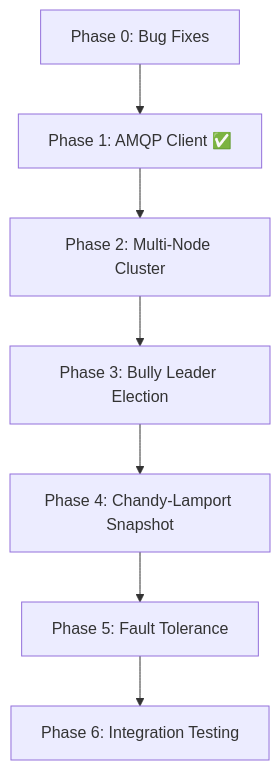
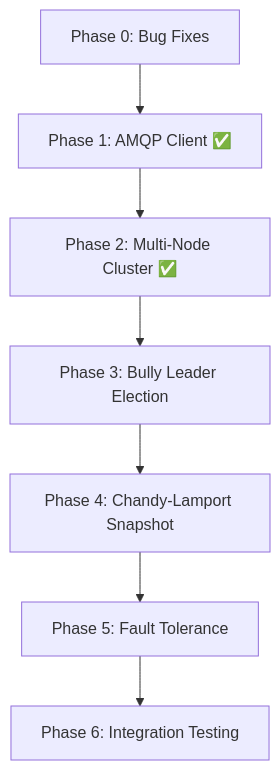
Before and after one commit to Paiku34/distributed_crazy_time: the diagram in implementation_plan.md, drawn with Mermaid. The commit also changed other lines of this file and 8 other files, not shown here.

````diff
--- a/implementation_plan.md
+++ b/implementation_plan.md
@@ -1767,9 +1778,9 @@
 ```mermaid
 graph TD
     Z["Phase 0: Bug Fixes"] --> A["Phase 1: AMQP Client ✅"]
-    A --> B["Phase 2: Multi-Node Cluster"]
+    A --> B["Phase 2: Multi-Node Cluster ✅"]
     B --> C["Phase 3: Bully Leader Election"]
     C --> D["Phase 4: Chandy-Lamport Snapshot"]
     D --> E["Phase 5: Fault Tolerance"]
     E --> F["Phase 6: Integration Testing"]
 ```
````
